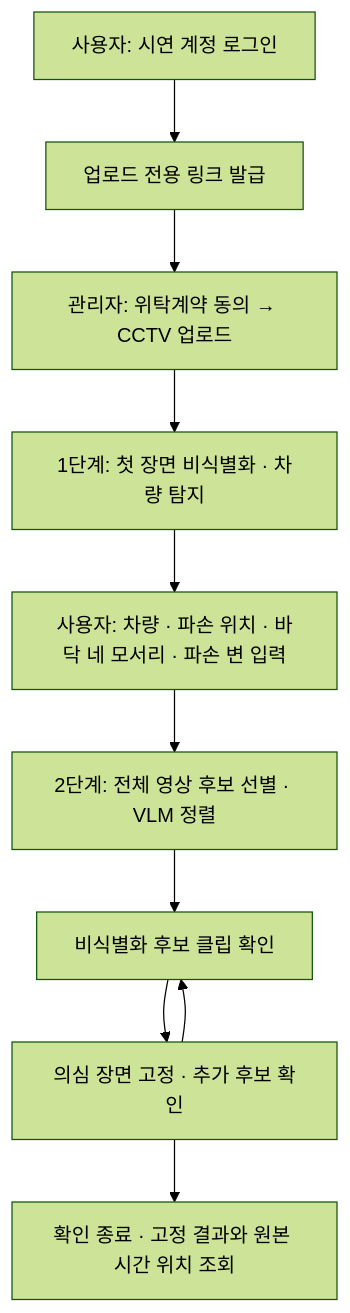
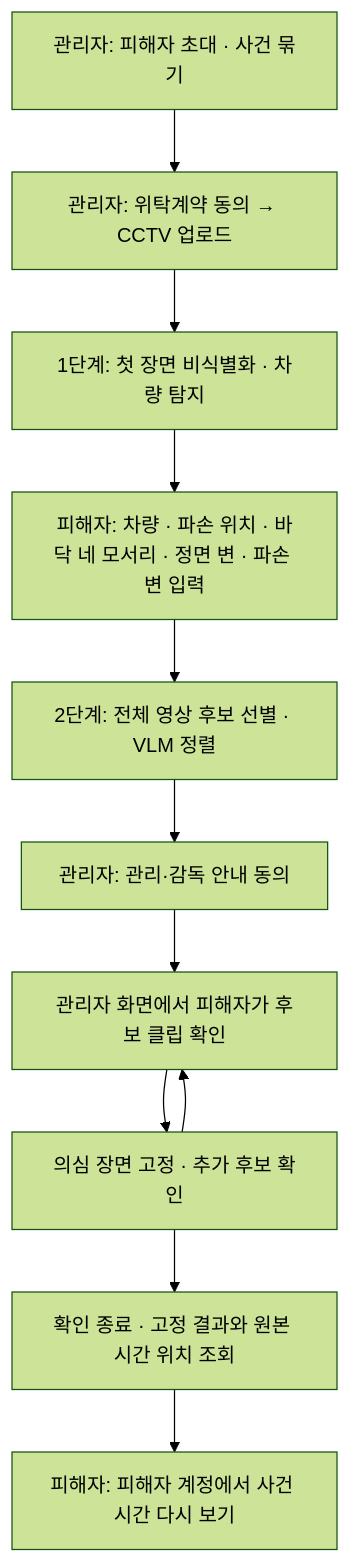
One commit to lG1l/parking_lot_detection changed the first of 2 diagrams in README.md. Above: the diagram before and after it, drawn with Mermaid (forest theme). The commit also changed other lines of this file, not shown here.

First line of the commit message:
task(docs): README를 지금 상태와 관리자 주도 흐름에 맞춤 (C-14, D-204)

````diff
--- a/README.md
+++ b/README.md
@@ -22,12 +22,13 @@
 ```mermaid
 flowchart TD
-    A["사용자: 시연 계정 로그인"] --> B["업로드 전용 링크 발급"]
-    B --> C["관리자: 위탁계약 동의 → CCTV 업로드"]
-    C --> D["1단계: 첫 장면 비식별화 · 차량 탐지"]
-    D --> E["사용자: 차량 · 파손 위치 · 바닥 네 모서리 · 파손 변 입력"]
+    A["관리자: 피해자 초대 · 사건 묶기"] --> B["관리자: 위탁계약 동의 → CCTV 업로드"]
+    B --> D["1단계: 첫 장면 비식별화 · 차량 탐지"]
+    D --> E["피해자: 차량 · 파손 위치 · 바닥 네 모서리 · 정면 변 · 파손 변 입력"]
     E --> F["2단계: 전체 영상 후보 선별 · VLM 정렬"]
-    F --> G["비식별화 후보 클립 확인"]
+    F --> S["관리자: 관리·감독 안내 동의"]
+    S --> G["관리자 화면에서 피해자가 후보 클립 확인"]
     G --> H["의심 장면 고정 · 추가 후보 확인"]
     H --> G
     H --> I["확인 종료 · 고정 결과와 원본 시간 위치 조회"]
+    I --> J["피해자: 피해자 계정에서 사건 시간 다시 보기"]
 ```
````
